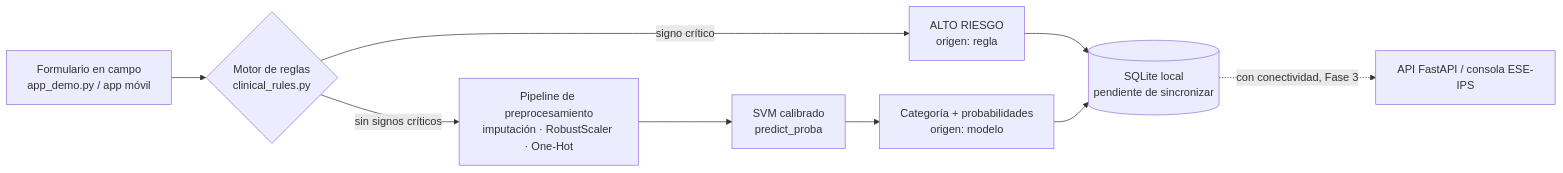
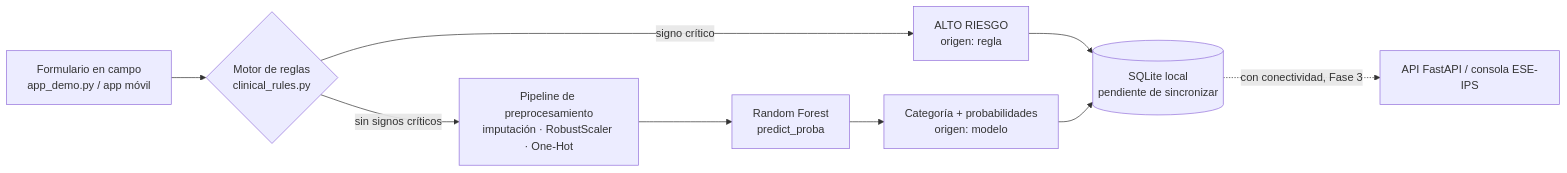
The diagram in README.md (AnyeCOsp23/MATERNA), drawn with Mermaid before and after one commit. The commit also changed other lines of this file and 1 other file, not shown here.

````diff
--- a/README.md
+++ b/README.md
@@ -22,11 +22,11 @@
 ```mermaid
 flowchart LR
     A[Formulario en campo<br/>app_demo.py / app móvil] --> B{Motor de reglas<br/>clinical_rules.py}
     B -- signo crítico --> R[ALTO RIESGO<br/>origen: regla]
     B -- sin signos críticos --> P[Pipeline de preprocesamiento<br/>imputación · RobustScaler · One-Hot]
-    P --> M[SVM calibrado<br/>predict_proba]
+    P --> M[Random Forest<br/>predict_proba]
     M --> C[Categoría + probabilidades<br/>origen: modelo]
     R --> S[(SQLite local<br/>pendiente de sincronizar)]
     C --> S
     S -. con conectividad, Fase 3 .-> API[API FastAPI / consola ESE-IPS]
 ```
````
